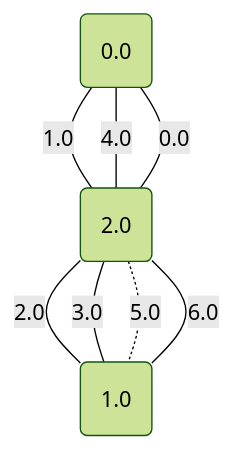
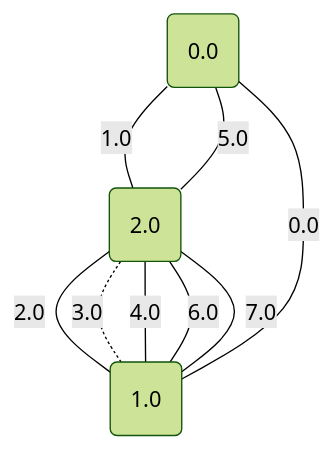
Before and after one commit to metury/graphs: diagram 16 of 17 in project/src/testing/showcase/minCutPetersen.md, drawn with Mermaid (forest theme). The commit also changed other lines of this file and 33 other files, not shown here.

````diff
--- a/project/src/testing/showcase/minCutPetersen.md
+++ b/project/src/testing/showcase/minCutPetersen.md
@@ -390,13 +394,14 @@
 ```mermaid
 graph TD;
 	0("0.0");
 	1("1.0");
 	2("2.0");
-	2 -- "0.0" --- 0;
+	1 -- "0.0" --- 0;
 	0 -- "1.0" --- 2;
 	2 -- "2.0" --- 1;
-	2 -- "3.0" --- 1;
-	0 -- "4.0" --- 2;
-	2 -. "5.0" -.- 1;
+	1 -. "3.0" -.- 2;
+	1 -- "4.0" --- 2;
+	0 -- "5.0" --- 2;
 	1 -- "6.0" --- 2;
+	1 -- "7.0" --- 2;
 ```
````
